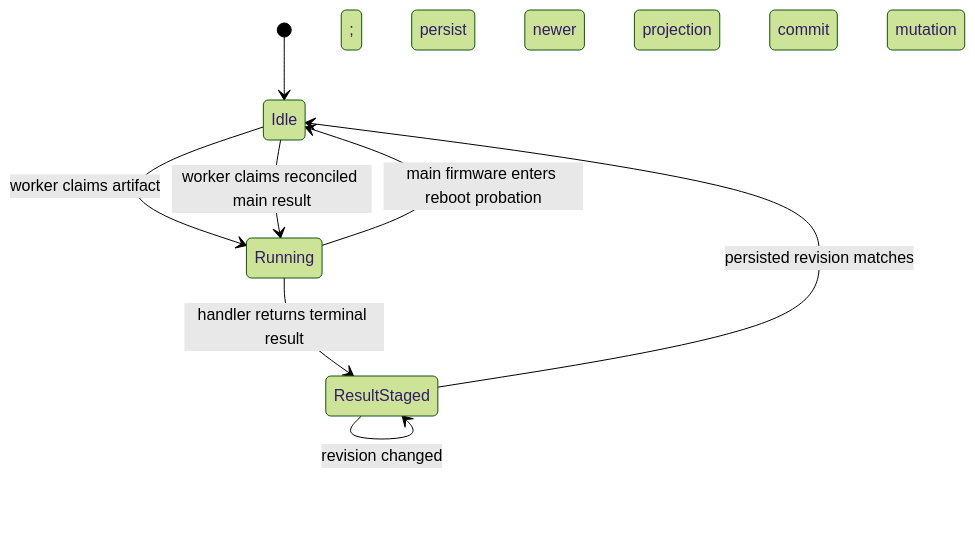
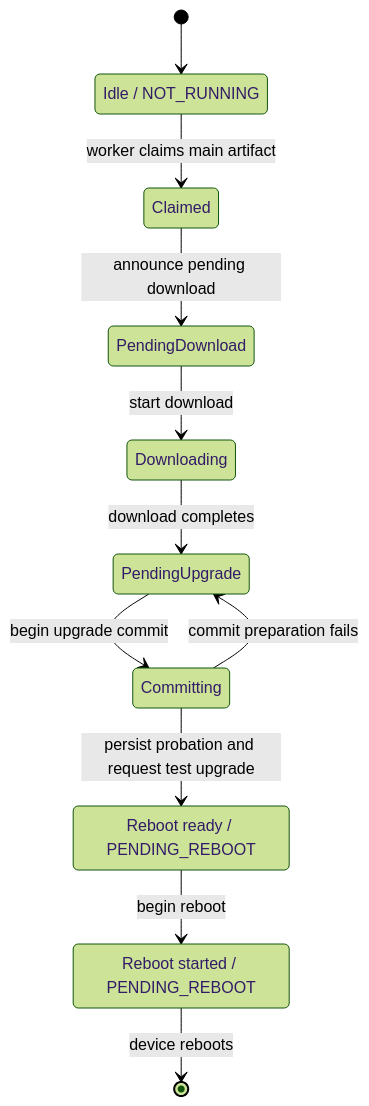
One commit to spotflow-io/device-sdk changed the fifth of 11 diagrams in zephyr/docs/ota.md. Above: the diagram before and after it, drawn with Mermaid (forest theme). The commit also changed other lines of this file and 1 other file, not shown here.

Commit message:
Improve documentation and diagrams

````diff
--- a/zephyr/docs/ota.md
+++ b/zephyr/docs/ota.md
@@ -297,12 +348,17 @@
 ```mermaid
 stateDiagram-v2
+    state "Idle / NOT_RUNNING" as Idle
+    state "Reboot ready / PENDING_REBOOT" as RebootReady
+    state "Reboot started / PENDING_REBOOT" as RebootStarted
+
     [*] --> Idle
-    Idle --> Running: worker claims artifact
-    Running --> ResultStaged: handler returns terminal result
-    Running --> Idle: main firmware enters reboot probation
-    ResultStaged --> ResultStaged: transient persistence failure / cancellation merge
-    ResultStaged --> ResultStaged: revision changed; persist newer projection
-    ResultStaged --> Idle: persisted revision matches; commit mutation
-
-    Idle --> Running: worker claims reconciled main result
+    Idle --> Claimed: worker claims main artifact
+    Claimed --> PendingDownload: announce pending download
+    PendingDownload --> Downloading: start download
+    Downloading --> PendingUpgrade: download completes
+    PendingUpgrade --> Committing: begin upgrade commit
+    Committing --> PendingUpgrade: commit preparation fails
+    Committing --> RebootReady: persist probation and request test upgrade
+    RebootReady --> RebootStarted: begin reboot
+    RebootStarted --> [*]: device reboots
 ```
````
